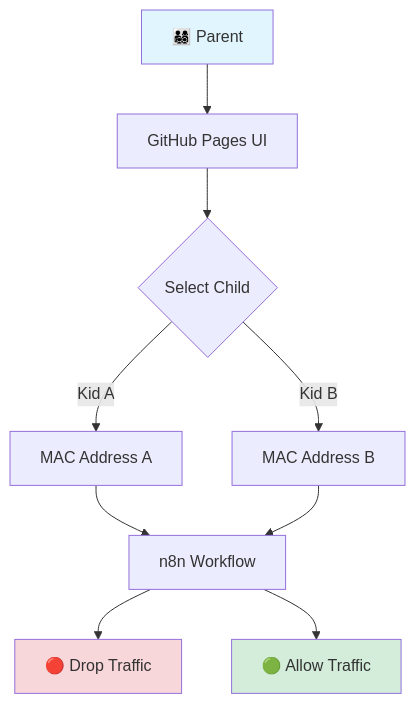
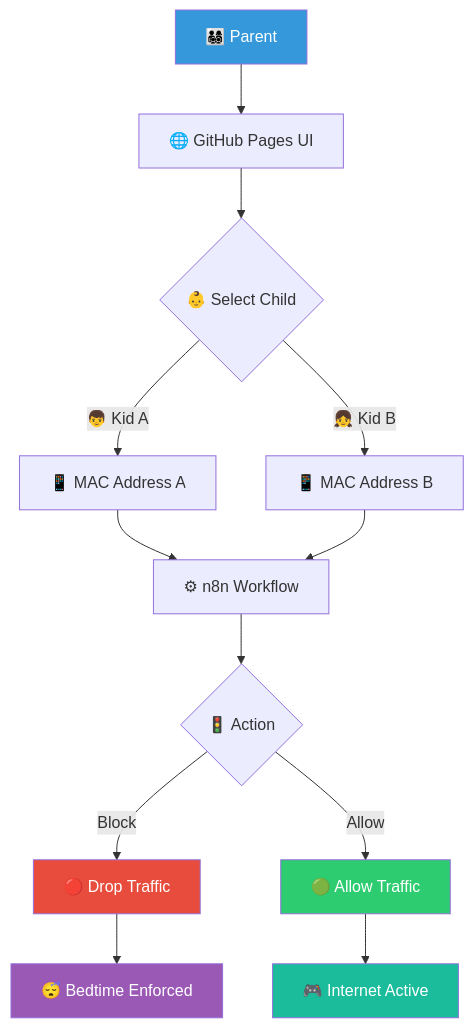
One commit to rifaterdemsahin/fal.ai changed the diagram in 3_Simulation/2026-02-15/output/diagram_MM_06_scene_6_-_internet_kill_switch.md. Above: the diagram before and after it, drawn with Mermaid. The commit also changed other lines of this file and 22 other files, not shown here.

Commit message:
diagram with images

````diff
--- a/3_Simulation/2026-02-15/output/diagram_MM_06_scene_6_-_internet_kill_switch.md
+++ b/3_Simulation/2026-02-15/output/diagram_MM_06_scene_6_-_internet_kill_switch.md
@@ -6,15 +7,20 @@
 ```mermaid
 flowchart TB
-    A[👨‍👩‍👧‍👦 Parent] --> B[GitHub Pages UI]
-    B --> C{Select Child}
-    C -->|Kid A| D[MAC Address A]
-    C -->|Kid B| E[MAC Address B]
-    D --> F[n8n Workflow]
+    A["👨‍👩‍👧‍👦 Parent"] --> B["🌐 GitHub Pages UI"]
+    B --> C{"👶 Select Child"}
+    C -->|"👦 Kid A"| D["📱 MAC Address A"]
+    C -->|"👧 Kid B"| E["📱 MAC Address B"]
+    D --> F["⚙ n8n Workflow"]
     E --> F
-    F --> G[🔴 Drop Traffic]
-    F --> H[🟢 Allow Traffic]
+    F --> G{"🚦 Action"}
+    G -->|"Block"| H["🔴 Drop Traffic"]
+    G -->|"Allow"| I["🟢 Allow Traffic"]
+    H --> J["😴 Bedtime Enforced"]
+    I --> K["🎮 Internet Active"]
 
-    style A fill:#e1f5ff
-    style G fill:#f8d7da
-    style H fill:#d4edda
+    style A fill:#3498db,color:#fff
+    style H fill:#e74c3c,color:#fff
+    style I fill:#2ecc71,color:#fff
+    style J fill:#9b59b6,color:#fff
+    style K fill:#1abc9c,color:#fff
 ```
````
